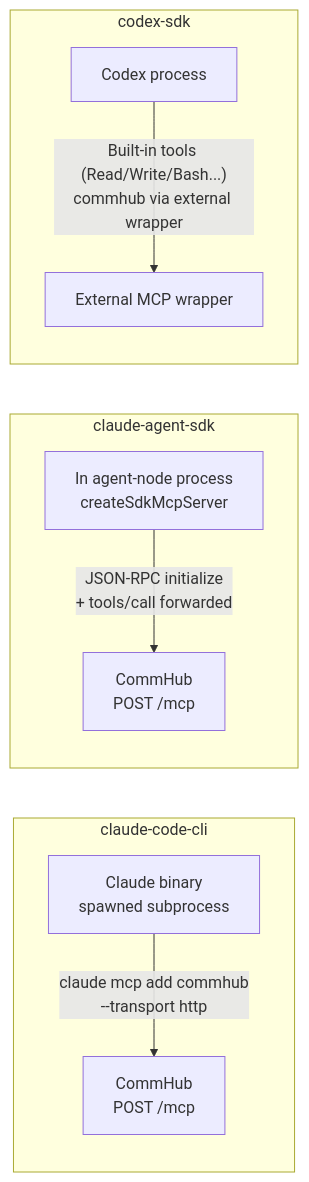
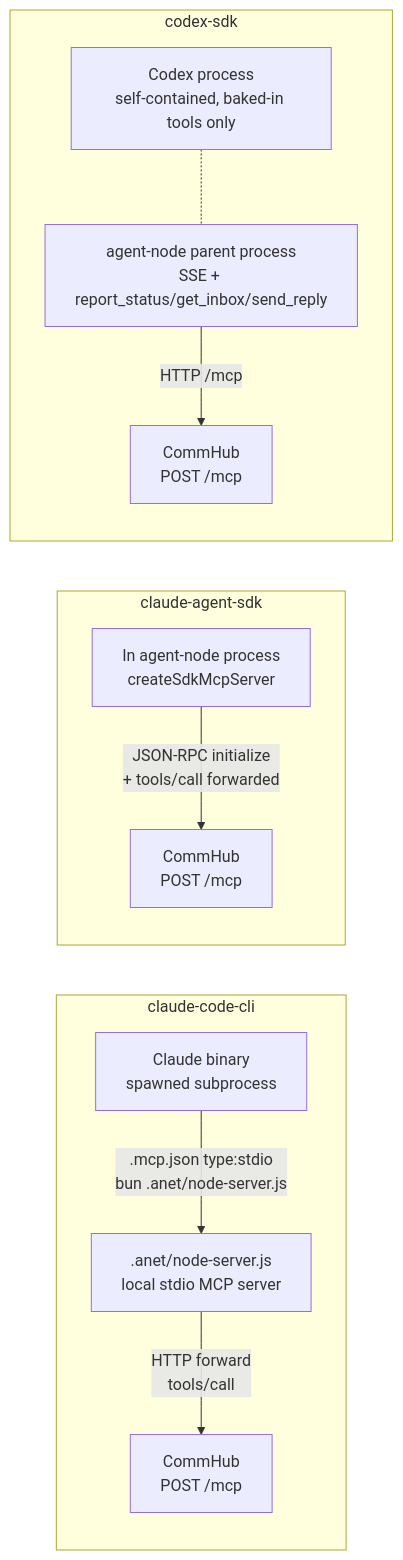
One commit to sleep2agi/agent-network changed the sixth of 8 diagrams in docs-site/docs/en/guide/architecture.md. Above: the diagram before and after it, drawn with Mermaid. The commit also changed other lines of this file and 3 other files, not shown here.

````diff
--- a/docs-site/docs/en/guide/architecture.md
+++ b/docs-site/docs/en/guide/architecture.md
@@ -320,17 +320,19 @@
 ```mermaid
 flowchart LR
     subgraph "claude-code-cli"
         CC_BIN[Claude binary<br/>spawned subprocess]
-        CC_BIN -->|"claude mcp add commhub<br/>--transport http"| HUB_MCP1[CommHub<br/>POST /mcp]
+        CC_BIN -->|".mcp.json type:stdio<br/>bun .anet/node-server.js"| LOCAL_PROXY[".anet/node-server.js<br/>local stdio MCP server"]
+        LOCAL_PROXY -->|"HTTP forward<br/>tools/call"| HUB_MCP1[CommHub<br/>POST /mcp]
     end
 
     subgraph "claude-agent-sdk"
         SDK_PROC[In agent-node process<br/>createSdkMcpServer]
         SDK_PROC -->|"JSON-RPC initialize<br/>+ tools/call forwarded"| HUB_MCP2[CommHub<br/>POST /mcp]
     end
 
     subgraph "codex-sdk"
-        CODEX_PROC[Codex process]
-        CODEX_PROC -->|"Built-in tools (Read/Write/Bash...)<br/>commhub via external wrapper"| EXT[External MCP wrapper]
+        CODEX_PROC[Codex process<br/>self-contained, baked-in tools only]
+        CODEX_PROC -.- AGENT_NODE[agent-node parent process<br/>SSE + report_status/get_inbox/send_reply]
+        AGENT_NODE -->|"HTTP /mcp"| HUB_MCP3[CommHub<br/>POST /mcp]
     end
 ```
````
